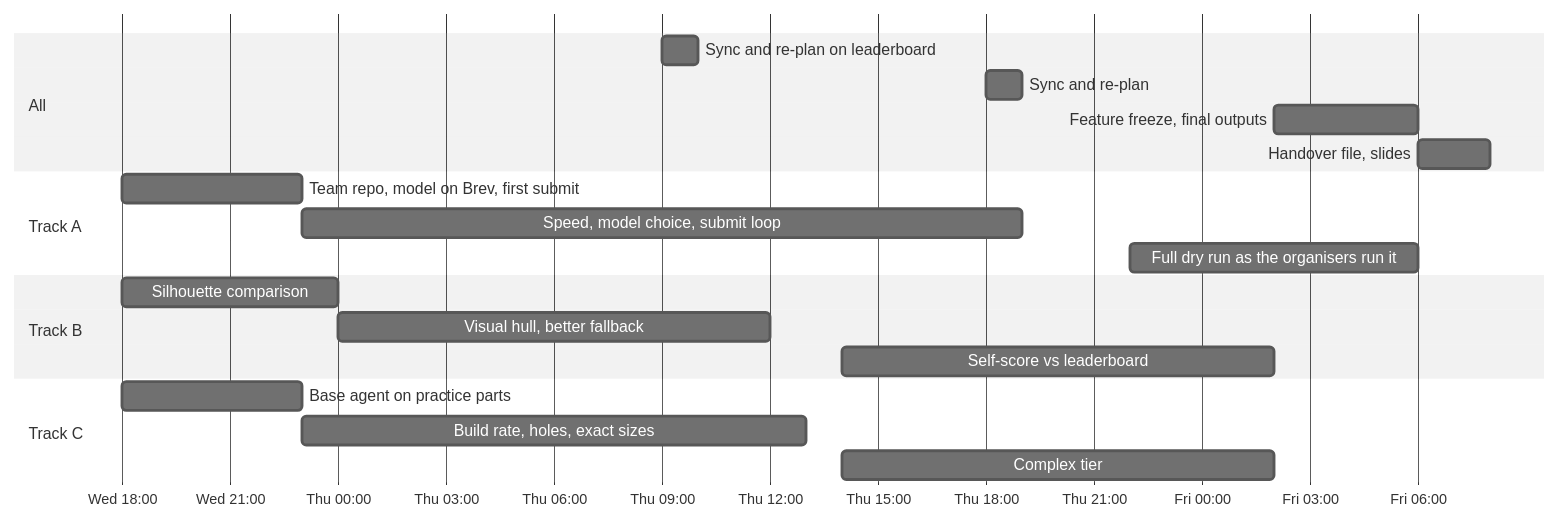
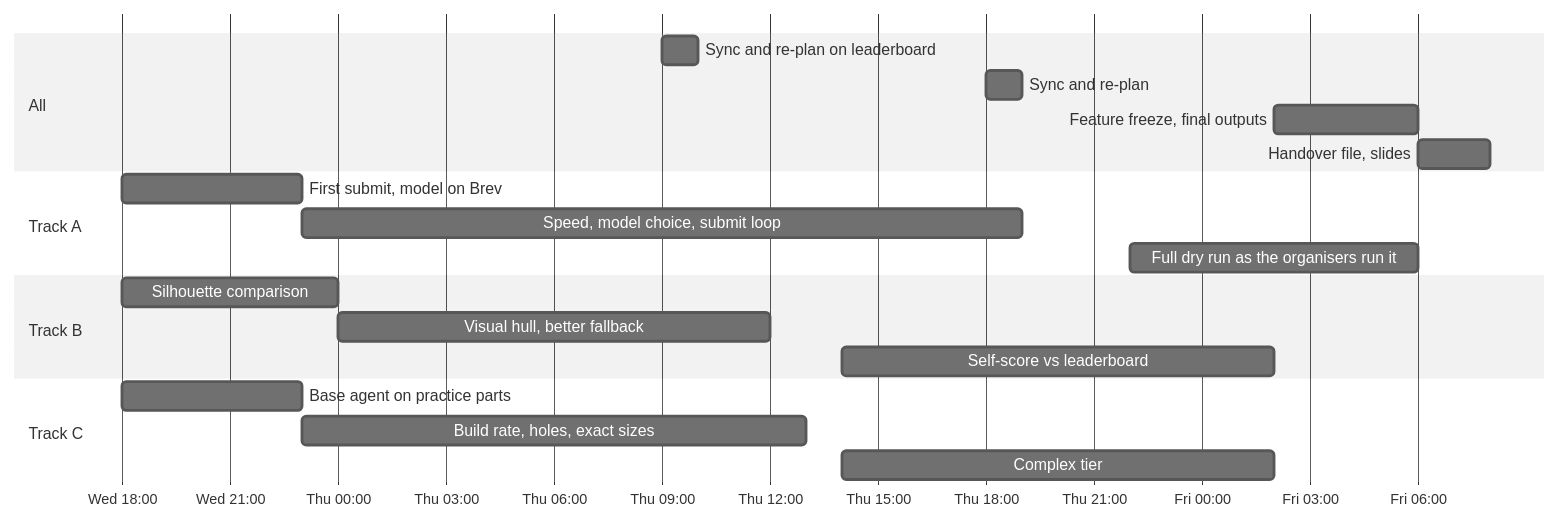
Before and after one commit to rumutaydin/sphere-forge-agent: the fourth of 4 diagrams in docs/STRATEGY.md, drawn with Mermaid (neutral theme). The commit also changed other lines of this file and 117 other files, not shown here.

First line of the commit message:
Submit from this repo: organisers' push script, CI submit job, practice inputs, first outputs

````diff
--- a/docs/STRATEGY.md
+++ b/docs/STRATEGY.md
@@ -131,22 +131,22 @@
 ```mermaid
 gantt
     dateFormat  YYYY-MM-DD HH:mm
     axisFormat  %a %H:%M
     section All
     Sync and re-plan on leaderboard        :m1, 2026-11-12 09:00, 1h
     Sync and re-plan                       :m2, 2026-11-12 18:00, 1h
     Feature freeze, final outputs          :m3, 2026-11-13 02:00, 4h
     Handover file, slides                  :m4, 2026-11-13 06:00, 2h
     section Track A
-    Team repo, model on Brev, first submit :a1, 2026-11-11 18:00, 5h
+    First submit, model on Brev :a1, 2026-11-11 18:00, 5h
     Speed, model choice, submit loop       :a2, after a1, 20h
     Full dry run as the organisers run it  :a3, 2026-11-12 22:00, 8h
     section Track B
     Silhouette comparison                  :b1, 2026-11-11 18:00, 6h
     Visual hull, better fallback           :b2, after b1, 12h
     Self-score vs leaderboard              :b3, 2026-11-12 14:00, 12h
     section Track C
     Base agent on practice parts           :c1, 2026-11-11 18:00, 5h
     Build rate, holes, exact sizes         :c2, after c1, 14h
     Complex tier                           :c3, 2026-11-12 14:00, 12h
 ```
````
